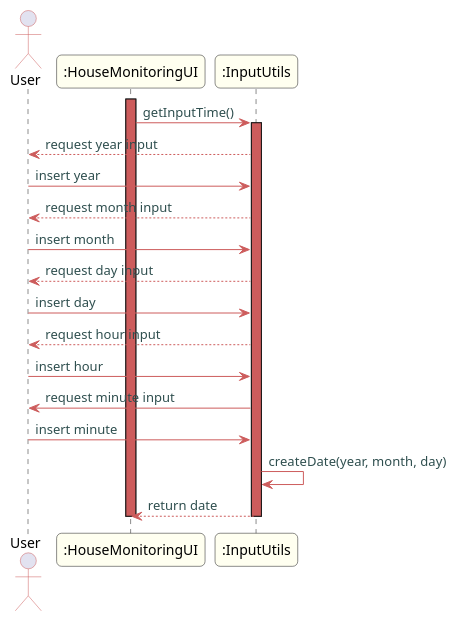
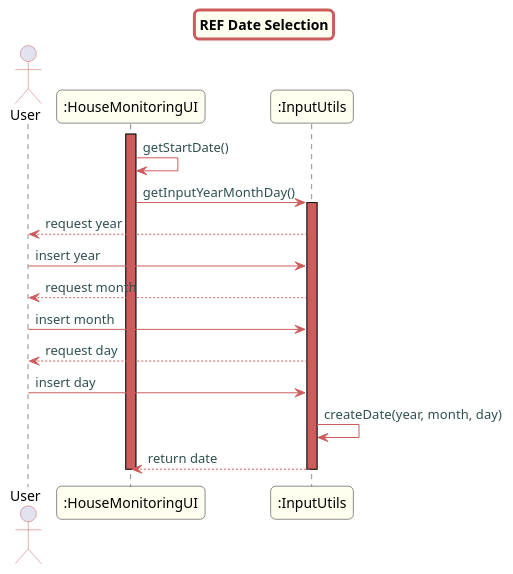
Before and after one commit to Almadanmp/project: the diagram in src/doc/Controllers/HouseMonitoring/US633/selectDay.puml, drawn with PlantUML. The commit also changed 2 other files, not shown here.

Commit message:
REF #161 Updates US633 sequence diagram

```diff
--- a/src/doc/Controllers/HouseMonitoring/US633/selectDay.puml
+++ b/src/doc/Controllers/HouseMonitoring/US633/selectDay.puml
@@ -1,46 +1,45 @@
 @startuml
 skinparam titleBorderRoundCorner 10
 skinparam titleBorderThickness 3
 skinparam titleBorderColor indianred
 skinparam titleBackgroundColor ivory
 skinparam FontName quicksand
 
 skinparam actor {
   BorderColor indianred
   }
 
 skinparam sequence {
   LifeLineBackgroundColor indianred
   ParticipantBackgroundColor ivory
 }
 
 skinparam roundcorner 10
 
 skinparam component {
   arrowThickness 1
   ArrowFontName Verdana
   ArrowColor indianred
   ArrowFontColor darkslategrey
 }
 
+title REF Date Selection
+
 actor User
 
 activate ":HouseMonitoringUI"
-":HouseMonitoringUI" -> ":InputUtils": getInputTime()
+":HouseMonitoringUI" -> ":HouseMonitoringUI": getStartDate()
+":HouseMonitoringUI" -> ":InputUtils": getInputYearMonthDay()
 activate ":InputUtils"
-":InputUtils" --> User: request year input
+":InputUtils" --> User: request year
 User -> ":InputUtils": insert year
-":InputUtils" --> User: request month input
+":InputUtils" --> User: request month
 User -> ":InputUtils": insert month
-":InputUtils" --> User: request day input
+":InputUtils" --> User: request day
 User -> ":InputUtils": insert day
-":InputUtils" --> User: request hour input
-User -> ":InputUtils": insert hour
-":InputUtils" -> User: request minute input
-User -> ":InputUtils": insert minute
 ":InputUtils" -> ":InputUtils": createDate(year, month, day)
 ":InputUtils" --> ":HouseMonitoringUI": return date
 deactivate ":InputUtils"
 deactivate User
 deactivate ":HouseMonitoringUI"
 @enduml
```
